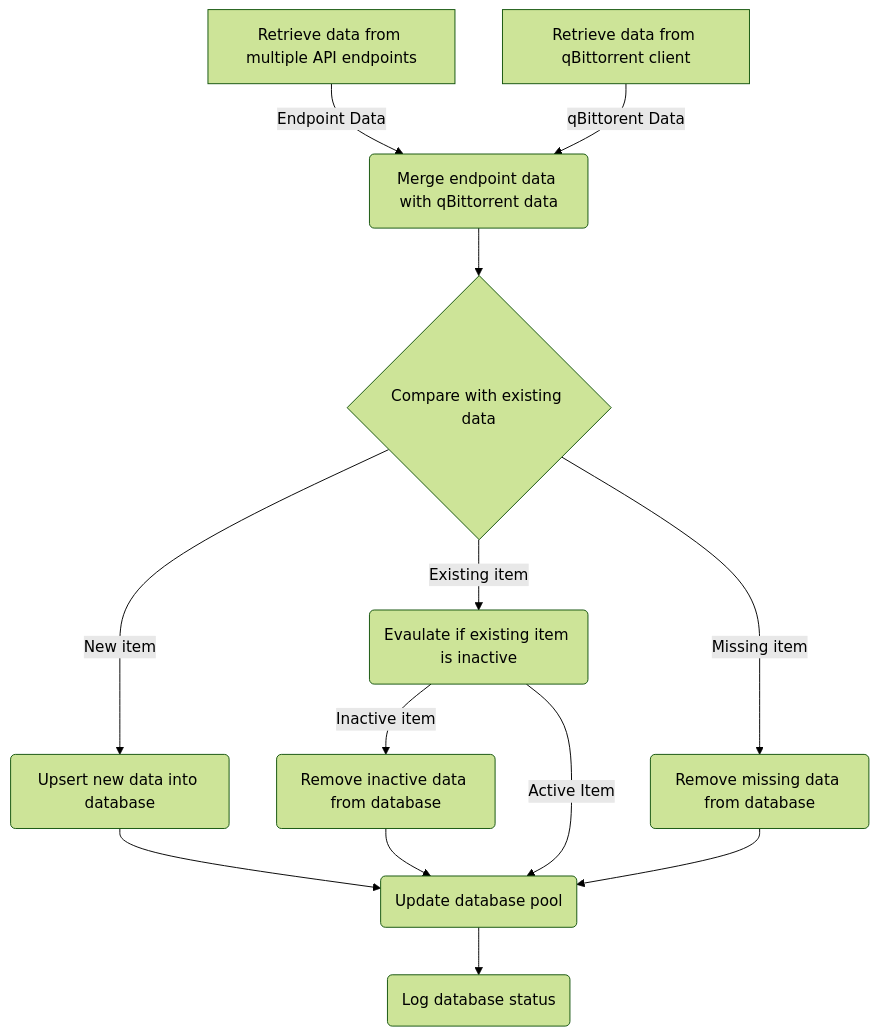
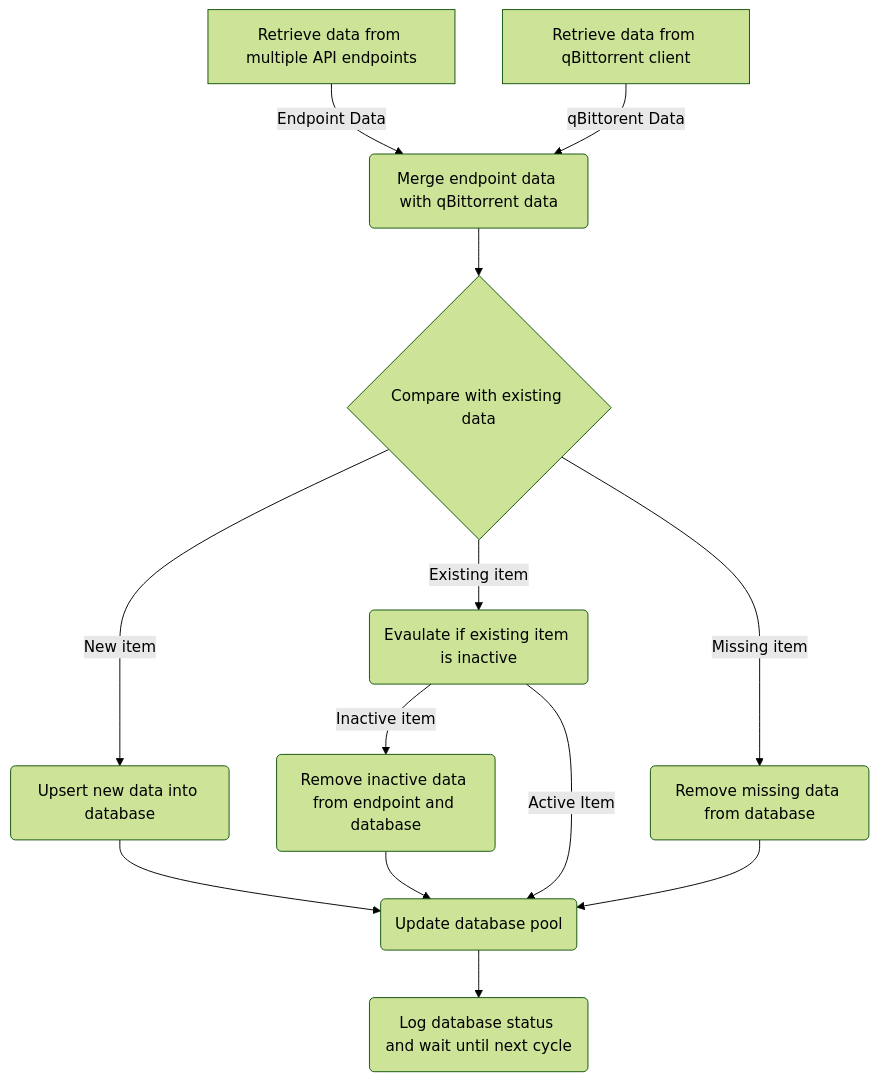
Before and after one commit to czer323/TidyArr: the first of 2 diagrams in readme.md, drawn with Mermaid (forest theme). The commit also changed other lines of this file and 3 other files, not shown here.

````diff
--- a/readme.md
+++ b/readme.md
@@ -3,15 +169,15 @@
 ```mermaid
-graph TD;
+graph TD
     A[Retrieve data from multiple API endpoints] --> |Endpoint Data|B(Merge endpoint data with qBittorrent data);
     J[Retrieve data from qBittorrent client] --> |qBittorent Data|B;
     B --> C{Compare with existing data};
     C --> |New item| D(Upsert new data into database);
     C --> |Existing item| E(Evaulate if existing item is inactive);
     C --> |Missing item| F(Remove missing data from database);
-    E --> |Inactive item| G(Remove inactive data from database);    
+    E --> |Inactive item| G(Remove inactive data from endpoint and database);    
     D --> H;    
     E --> |Active Item| H;
     F --> H;
     G --> H(Update database pool);
-    H --> I(Log database status);
+    H --> I(Log database status and wait until next cycle);
 ```
````
